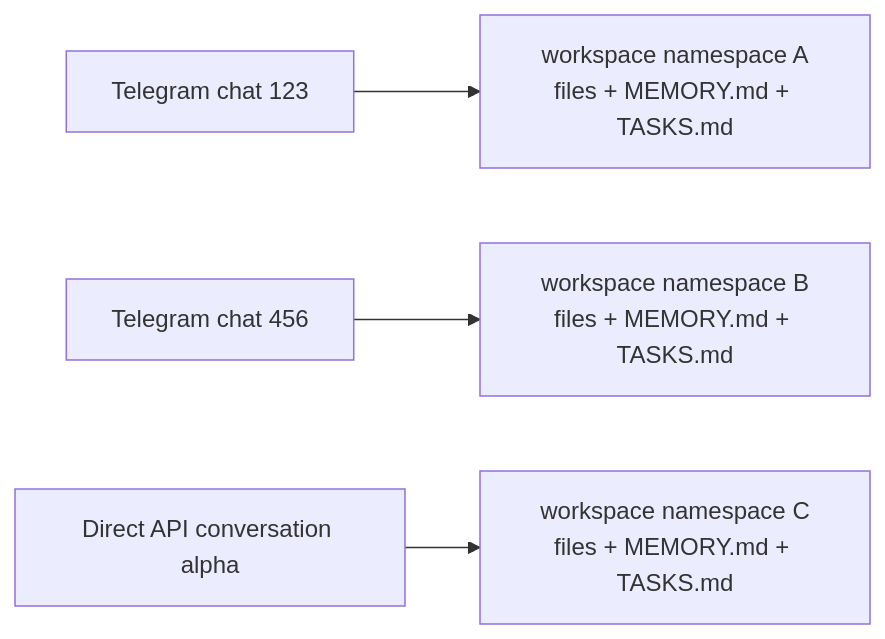
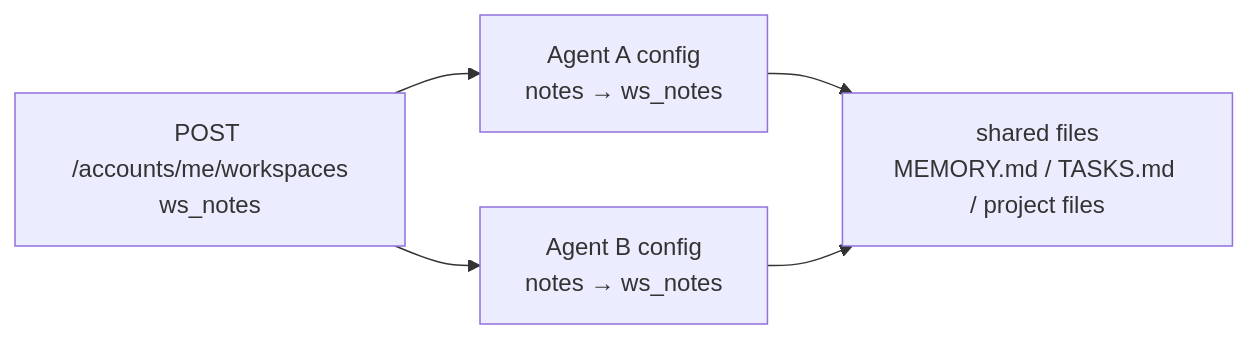
Before and after one commit to beeblastco/broods: the second of 3 diagrams in docs/workspace/memory-and-session.md, drawn with Mermaid. The commit also changed other lines of this file and 84 other files, not shown here.

````diff
--- a/docs/workspace/memory-and-session.md
+++ b/docs/workspace/memory-and-session.md
@@ -39,6 +44,7 @@
 ```mermaid
 flowchart LR
-  T1["Telegram chat 123"] --> M1["workspace namespace A<br/>files + MEMORY.md + TASKS.md"]
-  T2["Telegram chat 456"] --> M2["workspace namespace B<br/>files + MEMORY.md + TASKS.md"]
-  D1["Direct API conversation alpha"] --> M3["workspace namespace C<br/>files + MEMORY.md + TASKS.md"]
+  Create["POST /accounts/me/workspaces<br/>ws_notes"] --> A["Agent A config<br/>notes → ws_notes"]
+  Create --> B["Agent B config<br/>notes → ws_notes"]
+  A --> Files["shared files<br/>MEMORY.md / TASKS.md / project files"]
+  B --> Files
 ```
````
